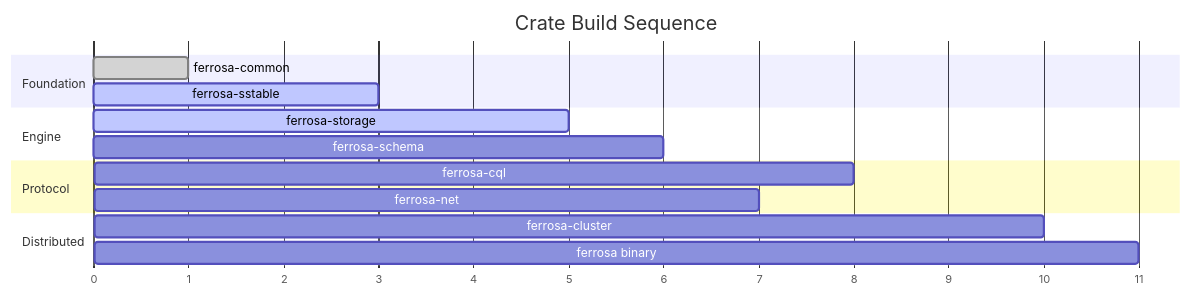
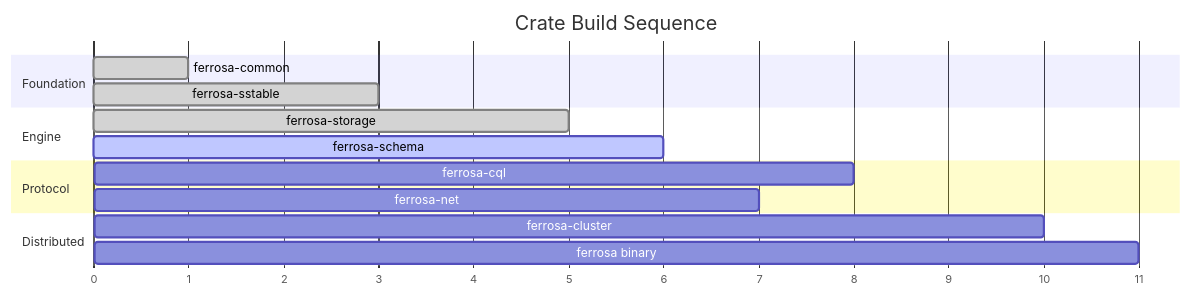
One commit to ferrosadb/ferrosa changed the second of 2 diagrams in specs/components.md. Above: the diagram before and after it, drawn with Mermaid. The commit also changed other lines of this file and 5 other files, not shown here.

First line of the commit message:
docs(specs): update all architecture specs to match Part A/B/C implementation

````diff
--- a/specs/components.md
+++ b/specs/components.md
@@ -126,22 +137,22 @@
 ```mermaid
 gantt
     title Crate Build Sequence
     dateFormat X
     axisFormat %s
 
     section Foundation
     ferrosa-common          :done, 0, 1
-    ferrosa-sstable         :active, 1, 3
+    ferrosa-sstable         :done, 1, 3
 
     section Engine
-    ferrosa-storage         :active, 3, 5
-    ferrosa-schema          :5, 6
+    ferrosa-storage         :done, 3, 5
+    ferrosa-schema          :active, 5, 6
 
     section Protocol
     ferrosa-cql             :6, 8
     ferrosa-net             :6, 7
 
     section Distributed
     ferrosa-cluster         :8, 10
     ferrosa binary          :10, 11
 ```
````
